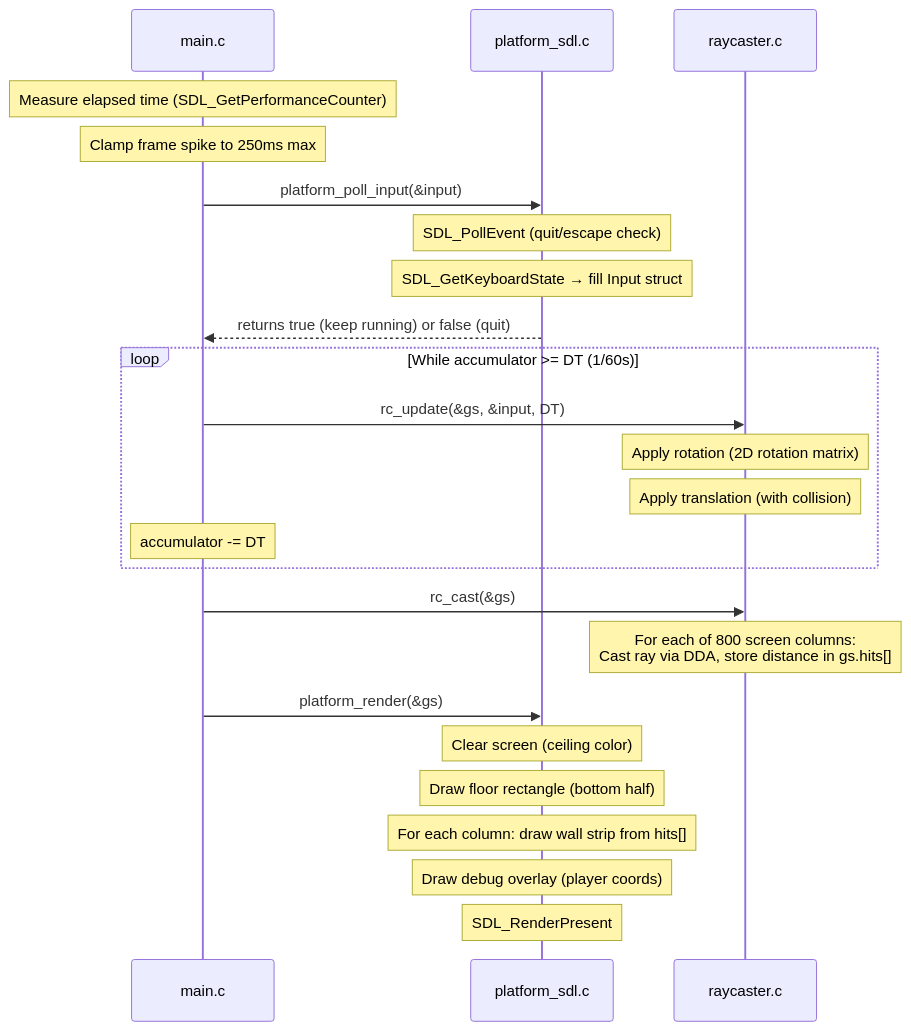
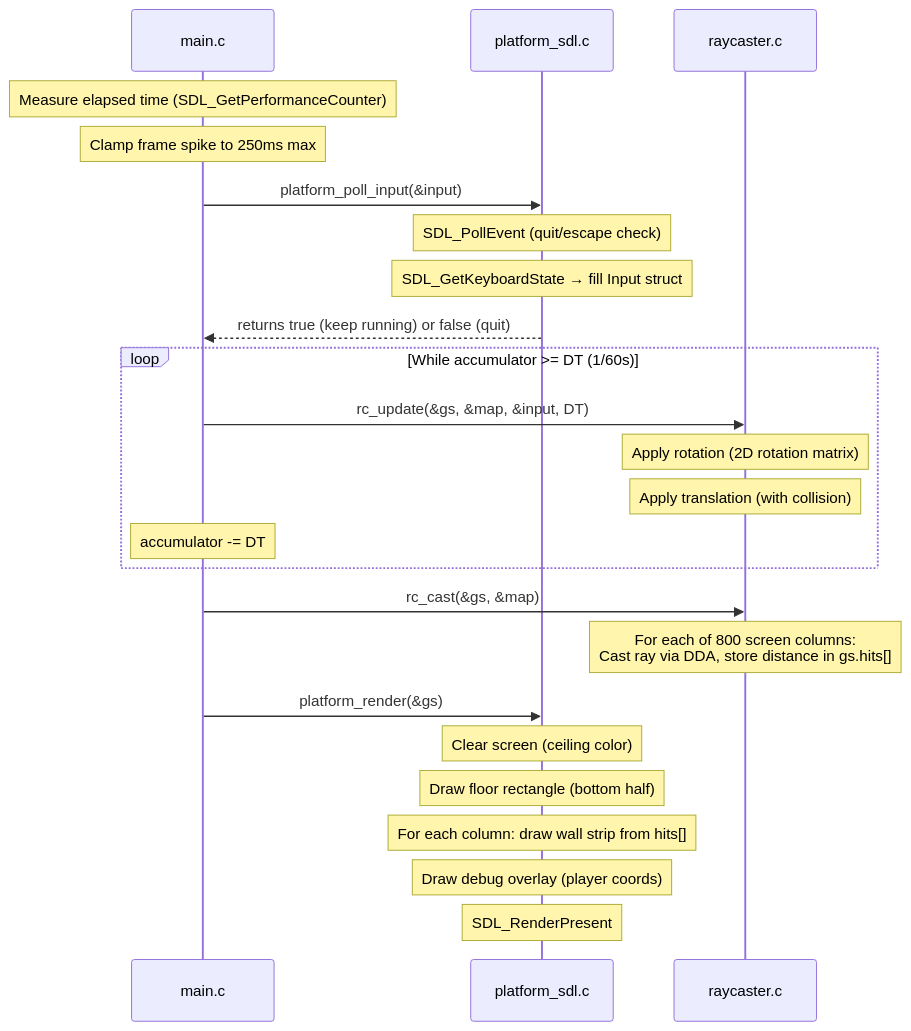
One commit to seanhodges/simple-3d-raycaster-game changed the third of 5 diagrams in docs/ARCHITECTURE.md. Above: the diagram before and after it, drawn with Mermaid. The commit also changed other lines of this file and 11 other files, not shown here.

````diff
--- a/docs/ARCHITECTURE.md
+++ b/docs/ARCHITECTURE.md
@@ -157,31 +157,31 @@
 ```mermaid
 sequenceDiagram
     participant Main as main.c
     participant Plat as platform_sdl.c
     participant Core as raycaster.c
 
     Note over Main: Measure elapsed time (SDL_GetPerformanceCounter)
     Note over Main: Clamp frame spike to 250ms max
 
     Main->>Plat: platform_poll_input(&input)
     Note over Plat: SDL_PollEvent (quit/escape check)
     Note over Plat: SDL_GetKeyboardState → fill Input struct
     Plat-->>Main: returns true (keep running) or false (quit)
 
     loop While accumulator >= DT (1/60s)
-        Main->>Core: rc_update(&gs, &input, DT)
+        Main->>Core: rc_update(&gs, &map, &input, DT)
         Note over Core: Apply rotation (2D rotation matrix)
         Note over Core: Apply translation (with collision)
         Note over Main: accumulator -= DT
     end
 
-    Main->>Core: rc_cast(&gs)
+    Main->>Core: rc_cast(&gs, &map)
     Note over Core: For each of 800 screen columns:<br/>Cast ray via DDA, store distance in gs.hits[]
 
     Main->>Plat: platform_render(&gs)
     Note over Plat: Clear screen (ceiling color)
     Note over Plat: Draw floor rectangle (bottom half)
     Note over Plat: For each column: draw wall strip from hits[]
     Note over Plat: Draw debug overlay (player coords)
     Note over Plat: SDL_RenderPresent
 ```
````
